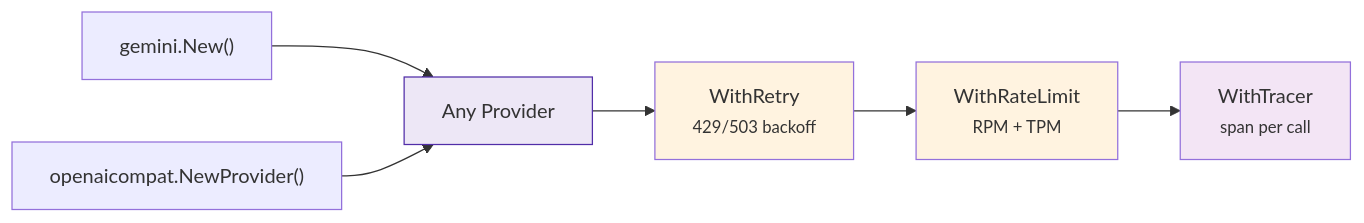
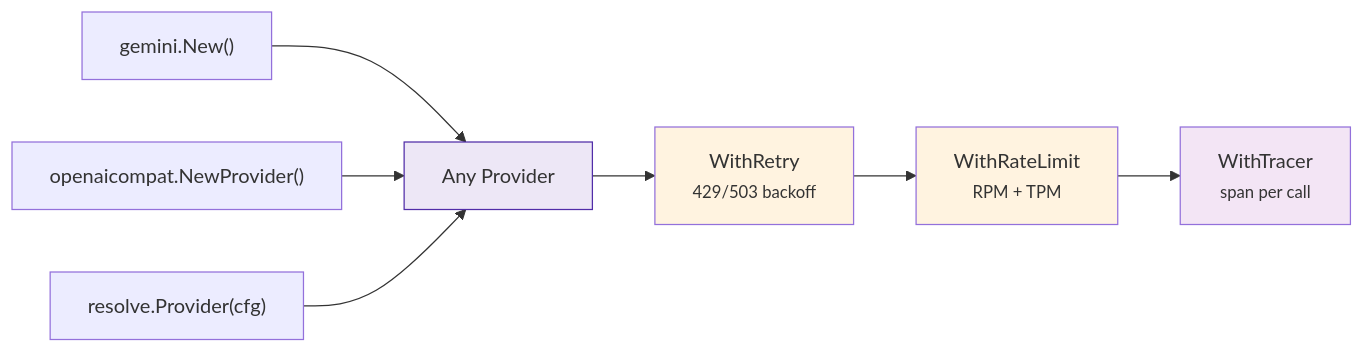
One commit to nevindra/oasis changed the ninth of 9 diagrams in docs/index.md. Above: the diagram before and after it, drawn with Mermaid. The commit also changed 13 other files, not shown here.

First line of the commit message:
feat(resolve): add provider resolver package for config-driven provider creation

````diff
--- a/docs/index.md
+++ b/docs/index.md
@@ -345,14 +345,15 @@
 ```mermaid
 graph LR
     P["Any Provider"] --> RETRY["WithRetry<br/><small>429/503 backoff</small>"]
     RETRY --> RATE["WithRateLimit<br/><small>RPM + TPM</small>"]
     RATE --> OBS2["WithTracer<br/><small>span per call</small>"]
 
     GEM["gemini.New()"] --> P
     OAI["openaicompat.NewProvider()"] --> P
+    RES["resolve.Provider(cfg)"] --> P
 
     style P fill:#ede7f6,stroke:#512da8
     style RETRY fill:#fff3e0
     style RATE fill:#fff3e0
     style OBS2 fill:#f3e5f5
 ```
````
